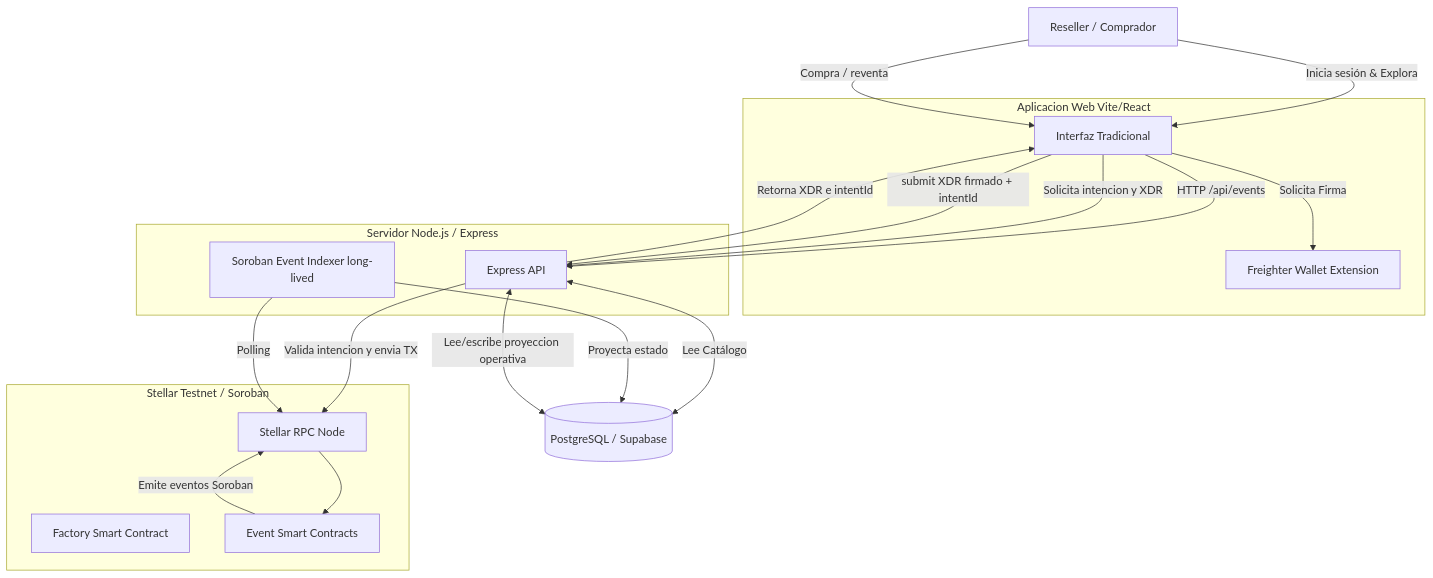
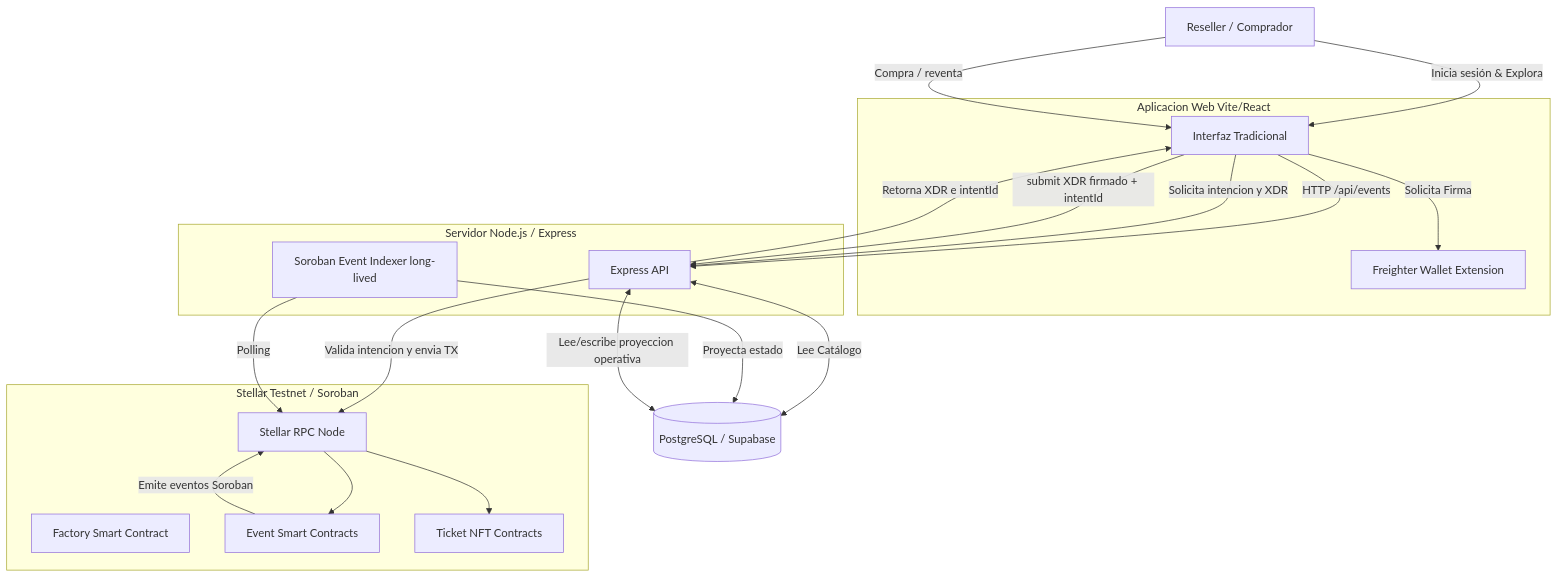
The diagram in docs/architecture/ARCHITECTURE.md (Tesis-Stellar/Secure-Ticket), drawn with Mermaid before and after one commit. The commit also changed other lines of this file and 95 other files, not shown here.

````diff
--- a/docs/architecture/ARCHITECTURE.md
+++ b/docs/architecture/ARCHITECTURE.md
@@ -19,45 +19,47 @@
 ```mermaid
 graph TD
     %% Usuarios
     User[Reseller / Comprador]
     
     %% Capa Frontend (Web2 + Web3)
     subgraph Frontend [Aplicacion Web Vite/React]
         WebUI[Interfaz Tradicional]
         Wallet[Freighter Wallet Extension]
     end
 
     %% Capa Backend (Web2.5)
     subgraph Backend [Servidor Node.js / Express]
         API[Express API]
         Indexer[Soroban Event Indexer long-lived]
     end
 
     DB[(PostgreSQL / Supabase)]
 
     %% Capa Blockchain (Web3)
     subgraph Blockchain [Stellar Testnet / Soroban]
         RPC[Stellar RPC Node]
         SC_Factory[Factory Smart Contract]
         SC_Event[Event Smart Contracts]
+        SC_NFT[Ticket NFT Contracts]
     end
 
     %% Flujos de interacción
     User -->|Inicia sesión & Explora| WebUI
     WebUI -->|HTTP /api/events| API
     API <-->|Lee Catálogo| DB
     
     User -->|Compra / reventa| WebUI
     WebUI -->|Solicita intencion y XDR| API
     API -->|Retorna XDR e intentId| WebUI
     WebUI -->|Solicita Firma| Wallet
     WebUI -->|submit XDR firmado + intentId| API
     API -->|Valida intencion y envia TX| RPC
     
     RPC --> SC_Event
+    RPC --> SC_NFT
     
     SC_Event -->|Emite eventos Soroban| RPC
     Indexer -->|Polling| RPC
     Indexer -->|Proyecta estado| DB
     API <-->|Lee/escribe proyeccion operativa| DB
 ```
````
